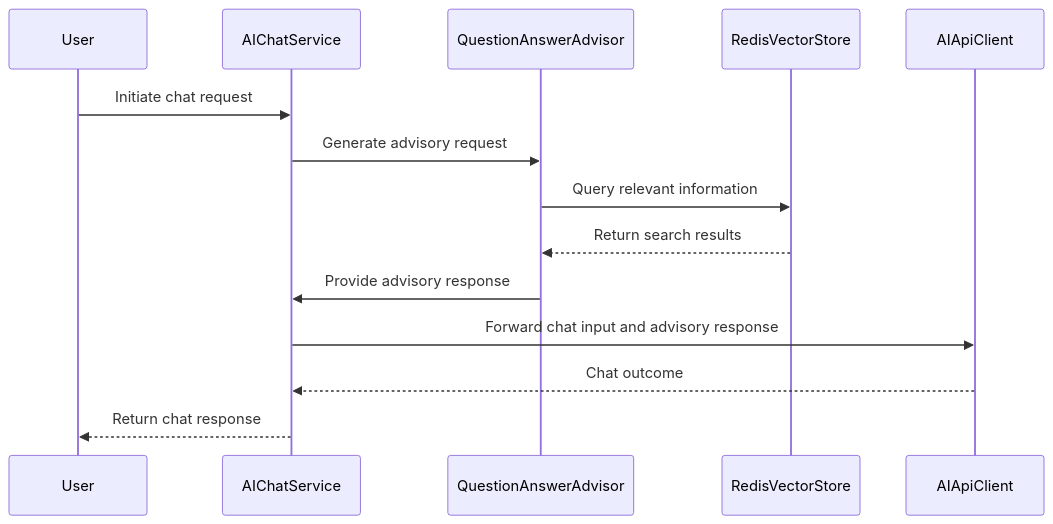
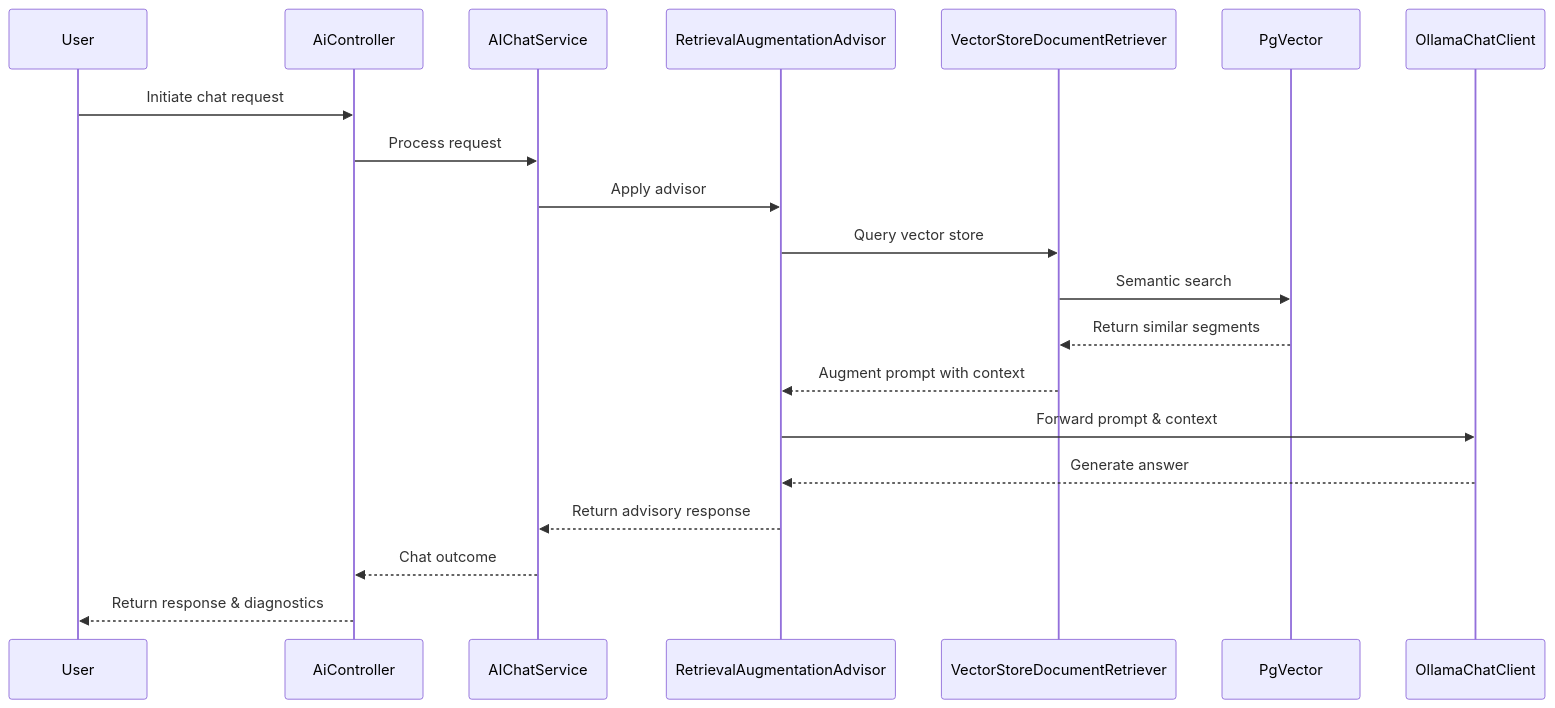
The diagram in rag/rag-springai-ollama-llm/ReadMe.md (rajadilipkolli/ai-playground), drawn with Mermaid before and after one commit. The commit also changed other lines of this file and 24 other files, not shown here.

````diff
--- a/rag/rag-springai-ollama-llm/ReadMe.md
+++ b/rag/rag-springai-ollama-llm/ReadMe.md
@@ -9,17 +7,23 @@
 ```mermaid
 sequenceDiagram
     participant User
+    participant AiController
     participant AIChatService
-    participant QuestionAnswerAdvisor
-    participant RedisVectorStore
-    participant AIApiClient
+    participant RetrievalAugmentationAdvisor
+    participant VectorStoreDocumentRetriever
+    participant PgVector
+    participant OllamaChatClient
 
-    User->>AIChatService: Initiate chat request
-    AIChatService->>QuestionAnswerAdvisor: Generate advisory request
-    QuestionAnswerAdvisor->>RedisVectorStore: Query relevant information
-    RedisVectorStore-->>QuestionAnswerAdvisor: Return search results
-    QuestionAnswerAdvisor->>AIChatService: Provide advisory response
-    AIChatService->>AIApiClient: Forward chat input and advisory response
-    AIApiClient-->>AIChatService: Chat outcome
-    AIChatService-->>User: Return chat response
+    User->>AiController: Initiate chat request
+    AiController->>AIChatService: Process request
+    AIChatService->>RetrievalAugmentationAdvisor: Apply advisor
+    RetrievalAugmentationAdvisor->>VectorStoreDocumentRetriever: Query vector store
+    VectorStoreDocumentRetriever->>PgVector: Semantic search
+    PgVector-->>VectorStoreDocumentRetriever: Return similar segments
+    VectorStoreDocumentRetriever-->>RetrievalAugmentationAdvisor: Augment prompt with context
+    RetrievalAugmentationAdvisor->>OllamaChatClient: Forward prompt & context
+    OllamaChatClient-->>RetrievalAugmentationAdvisor: Generate answer
+    RetrievalAugmentationAdvisor-->>AIChatService: Return advisory response
+    AIChatService-->>AiController: Chat outcome
+    AiController-->>User: Return response & diagnostics
 ```
````
